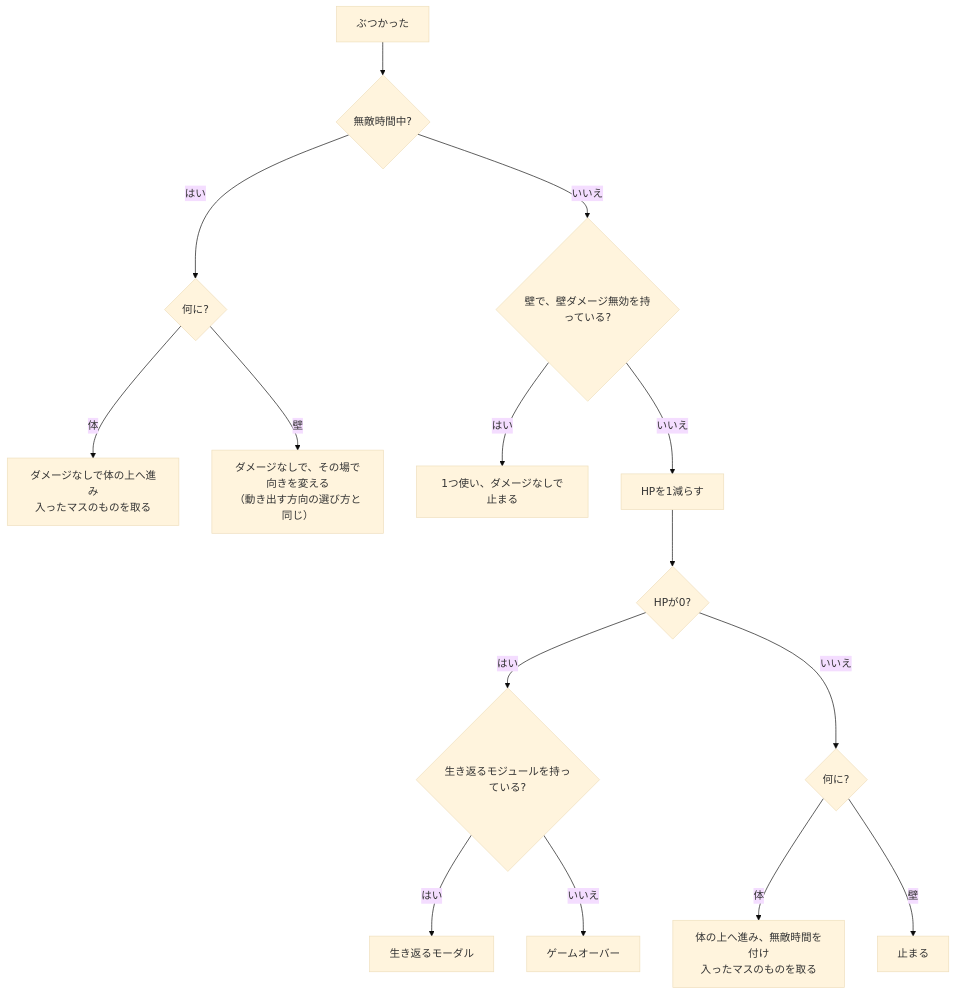
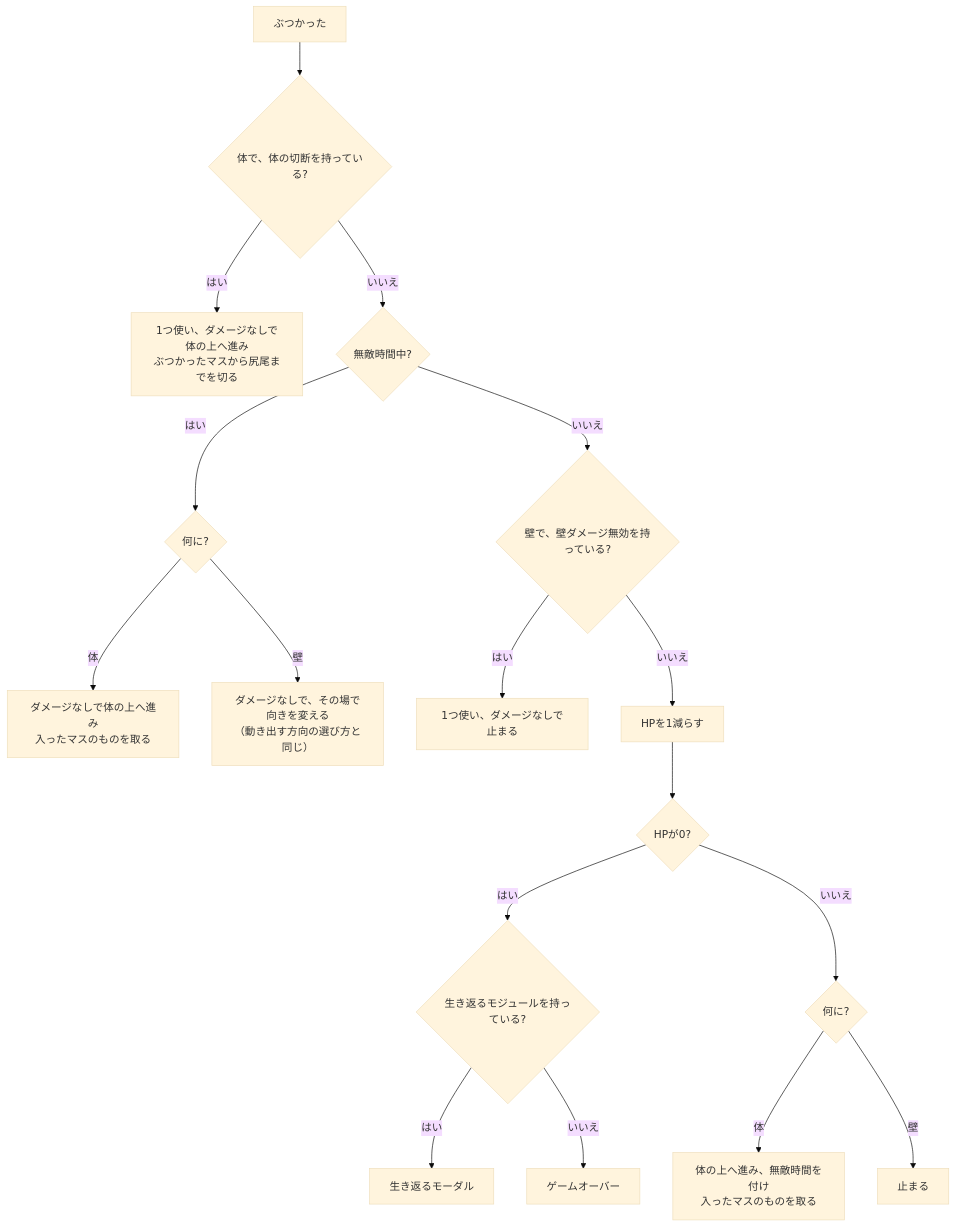
The diagram in human-led/docs/internals/3-実装とアルゴリズム.md (korryu3/roguelike-snake-game), drawn with Mermaid (base theme) before and after one commit. The commit also changed other lines of this file and 16 other files, not shown here.

````diff
--- a/human-led/docs/internals/3-実装とアルゴリズム.md
+++ b/human-led/docs/internals/3-実装とアルゴリズム.md
@@ -46,17 +46,19 @@
 ```mermaid
 flowchart TD
-  start[ぶつかった] --> inv{無敵時間中?}
+  start[ぶつかった] --> cut{体で、体の切断を持っている?}
+  cut -- はい --> cutDo[1つ使い、ダメージなしで体の上へ進み<br/>ぶつかったマスから尻尾までを切る]
+  cut -- いいえ --> inv{無敵時間中?}
   inv -- はい --> invObs{何に?}
   invObs -- 体 --> pass1[ダメージなしで体の上へ進み<br/>入ったマスのものを取る]
   invObs -- 壁 --> turn[ダメージなしで、その場で向きを変える<br/>（動き出す方向の選び方と同じ）]
   inv -- いいえ --> imm{壁で、壁ダメージ無効を持っている?}
   imm -- はい --> use[1つ使い、ダメージなしで止まる]
   imm -- いいえ --> hp[HPを1減らす]
   hp --> zero{HPが0?}
   zero -- はい --> rev{生き返るモジュールを持っている?}
   rev -- はい --> choice[生き返るモーダル]
   rev -- いいえ --> over[ゲームオーバー]
   zero -- いいえ --> obs{何に?}
   obs -- 体 --> pass2[体の上へ進み、無敵時間を付け<br/>入ったマスのものを取る]
   obs -- 壁 --> stun[止まる]
 ```
````
